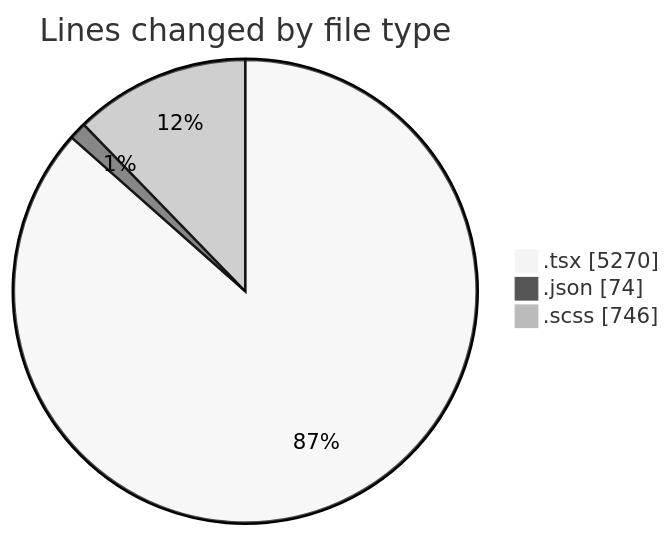
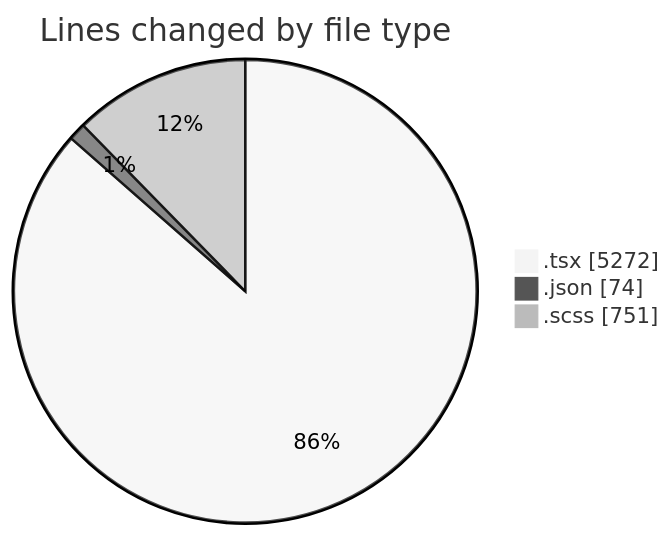
The first of 2 diagrams in 2025-04-08/cda/README.md (momahboobian/code-tracking), drawn with Mermaid (neutral theme) before and after one commit. The commit also changed other lines of this file and 1 other file, not shown here.

````diff
--- a/2025-04-08/cda/README.md
+++ b/2025-04-08/cda/README.md
@@ -36,7 +36,7 @@
 ```mermaid
 pie showData
 title Lines changed by file type
-".tsx" : 5270
+".tsx" : 5272
 ".json" : 74
-".scss" : 746
+".scss" : 751
 ```
````
